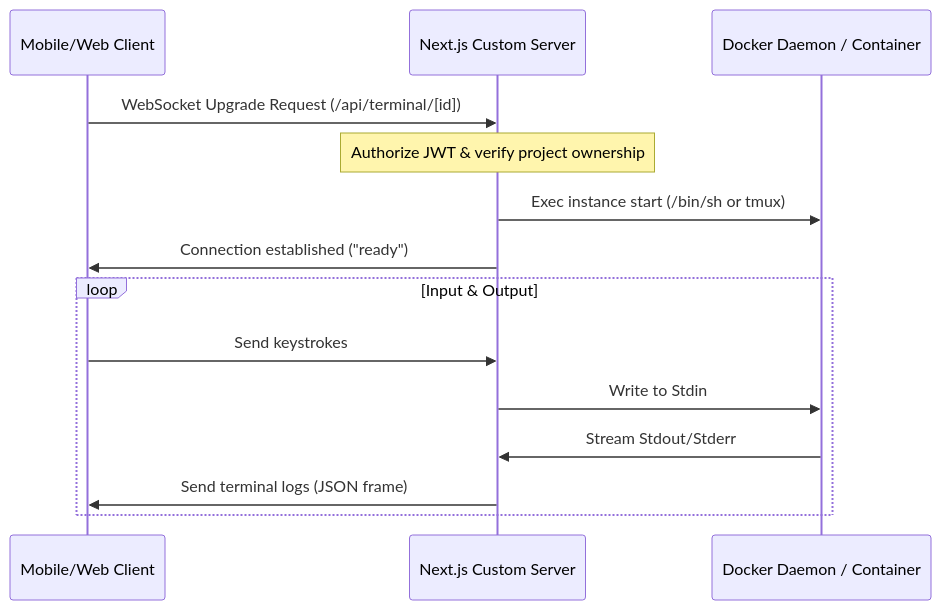
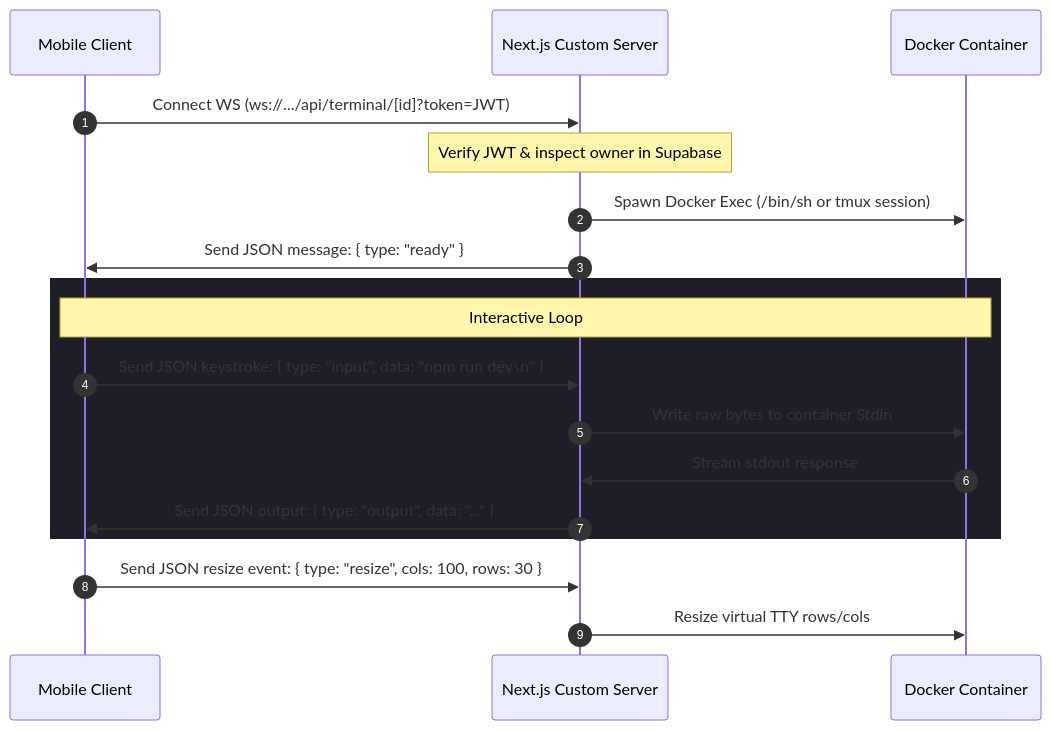
The second of 4 diagrams in README.md (Charannsai/cloudcode), drawn with Mermaid before and after one commit. The commit also changed other lines of this file, not shown here.

Commit message:
docs: update README documentation and architectural diagrams to reflect project updates

````diff
--- a/README.md
+++ b/README.md
@@ -73,17 +95,23 @@
 ```mermaid
 sequenceDiagram
-    participant Client as Mobile/Web Client
+    autonumber
+    participant Client as Mobile Client
     participant Server as Next.js Custom Server
-    participant Docker as Docker Daemon / Container
+    participant Container as Docker Container
     
-    Client->>Server: WebSocket Upgrade Request (/api/terminal/[id])
-    Note over Server: Authorize JWT & verify project ownership
-    Server->>Docker: Exec instance start (/bin/sh or tmux)
-    Server->>Client: Connection established ("ready")
-    loop Input & Output
-        Client->>Server: Send keystrokes
-        Server->>Docker: Write to Stdin
-        Docker->>Server: Stream Stdout/Stderr
-        Server->>Client: Send terminal logs (JSON frame)
+    Client->>Server: Connect WS (ws://.../api/terminal/[id]?token=JWT)
+    Note over Server: Verify JWT & inspect owner in Supabase
+    Server->>Container: Spawn Docker Exec (/bin/sh or tmux session)
+    Server->>Client: Send JSON message: { type: "ready" }
+    
+    rect rgb(30, 30, 40)
+        Note over Client, Container: Interactive Loop
+        Client->>Server: Send JSON keystroke: { type: "input", data: "npm run dev\n" }
+        Server->>Container: Write raw bytes to container Stdin
+        Container->>Server: Stream stdout response
+        Server->>Client: Send JSON output: { type: "output", data: "..." }
     end
+    
+    Client->>Server: Send JSON resize event: { type: "resize", cols: 100, rows: 30 }
+    Server->>Container: Resize virtual TTY rows/cols
 ```
````
